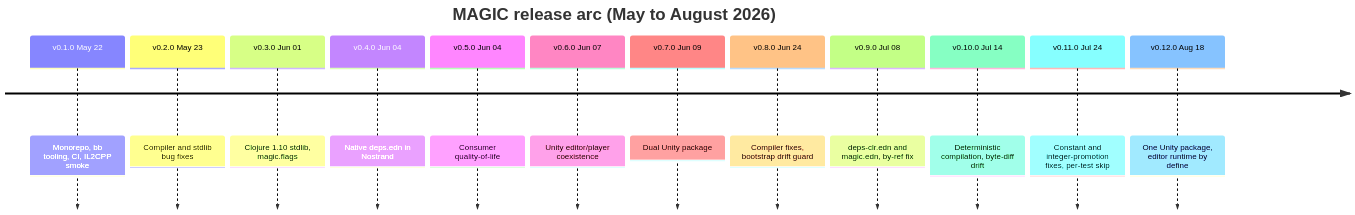
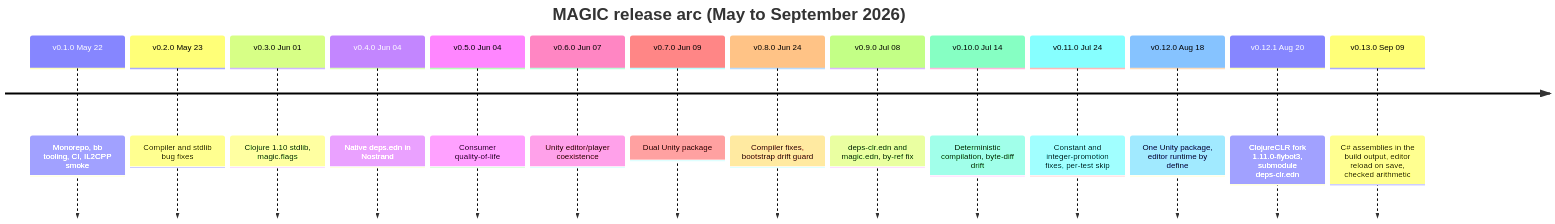
The second of 3 diagrams in content/blog/Making Magic stable.md (skydread1/me), drawn with Mermaid before and after one commit. The commit also changed other lines of this file and 4 other files, not shown here.

Commit message:
feat(blog): add conformance and rct-clr articles, refresh magic and drift checks

````diff
--- a/content/blog/Making Magic stable.md
+++ b/content/blog/Making Magic stable.md
@@ -161,16 +157,18 @@
 ```mermaid
 timeline
-    title MAGIC release arc (May to August 2026)
+    title MAGIC release arc (May to September 2026)
     v0.1.0 May 22 : Monorepo, bb tooling, CI, IL2CPP smoke
     v0.2.0 May 23 : Compiler and stdlib bug fixes
     v0.3.0 Jun 01 : Clojure 1.10 stdlib, magic.flags
     v0.4.0 Jun 04 : Native deps.edn in Nostrand
     v0.5.0 Jun 04 : Consumer quality-of-life
     v0.6.0 Jun 07 : Unity editor/player coexistence
     v0.7.0 Jun 09 : Dual Unity package
     v0.8.0 Jun 24 : Compiler fixes, bootstrap drift guard
     v0.9.0 Jul 08 : deps-clr.edn and magic.edn, by-ref fix
     v0.10.0 Jul 14 : Deterministic compilation, byte-diff drift
     v0.11.0 Jul 24 : Constant and integer-promotion fixes, per-test skip
     v0.12.0 Aug 18 : One Unity package, editor runtime by define
+    v0.12.1 Aug 20 : ClojureCLR fork 1.11.0-flybot3, submodule deps-clr.edn
+    v0.13.0 Sep 09 : C# assemblies in the build output, editor reload on save, checked arithmetic
 ```
````
